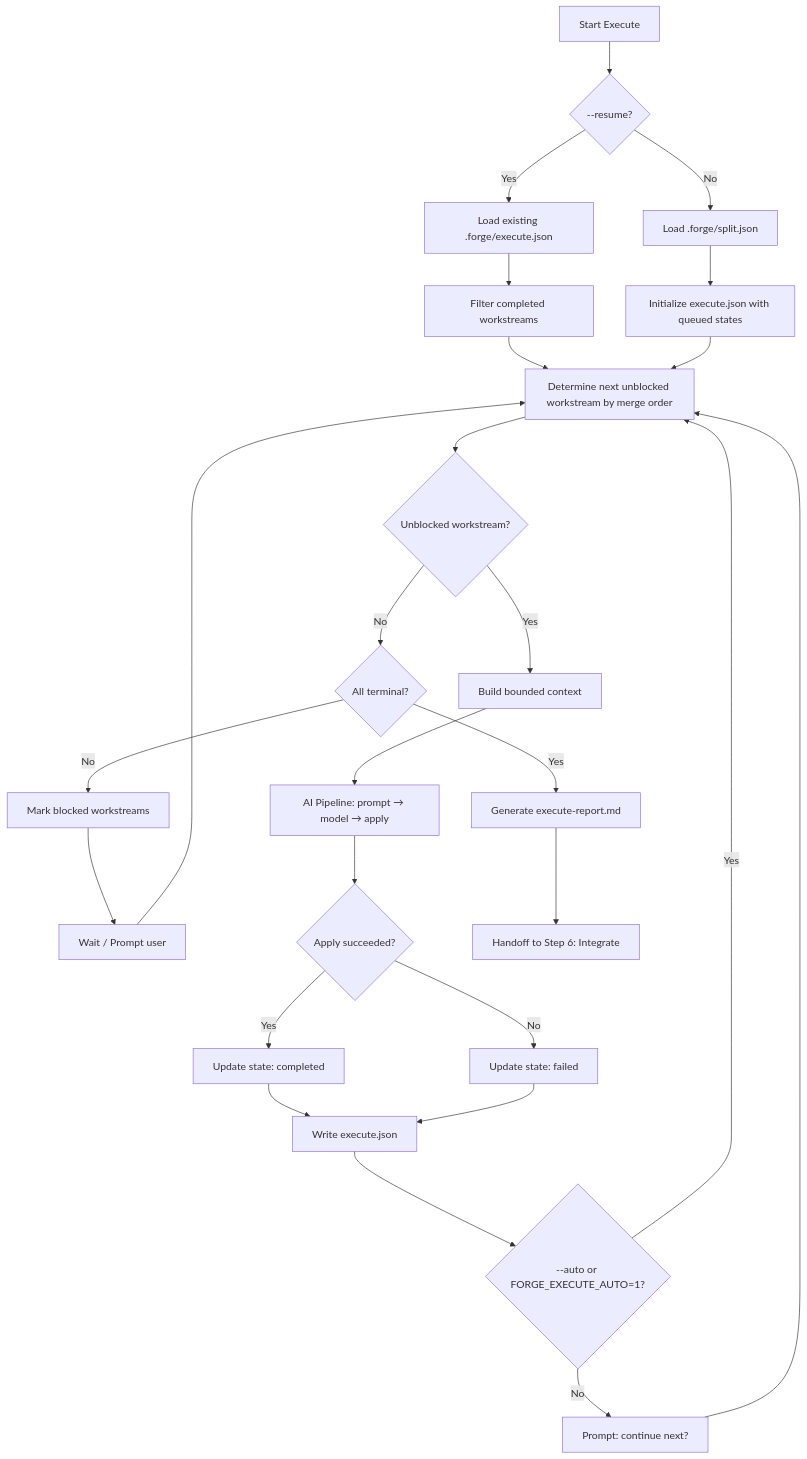
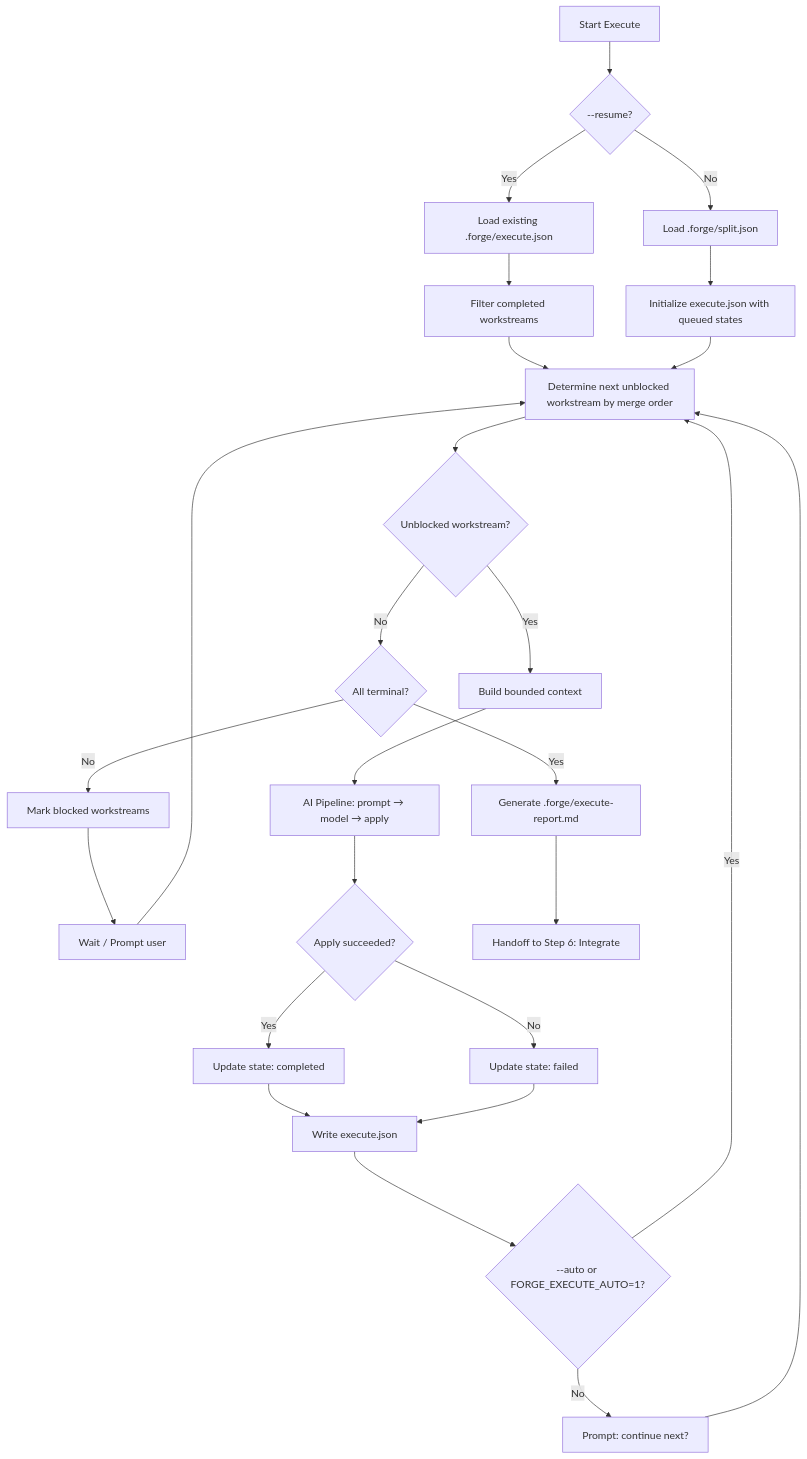
The first of 4 diagrams in docs/steps-1-6-explained/step-5-execute.md (RishiJain905/Forge), drawn with Mermaid before and after one commit. The commit also changed other lines of this file and 14 other files, not shown here.

````diff
--- a/docs/steps-1-6-explained/step-5-execute.md
+++ b/docs/steps-1-6-explained/step-5-execute.md
@@ -24,28 +24,28 @@
 ```mermaid
 flowchart TD
     A[Start Execute] --> B{--resume?}
     B -- Yes --> C[Load existing .forge/execute.json]
     B -- No --> D[Load .forge/split.json]
     C --> E[Filter completed workstreams]
     D --> F[Initialize execute.json with queued states]
     E --> G[Determine next unblocked workstream by merge order]
     F --> G
     G --> H{Unblocked workstream?}
     H -- Yes --> I[Build bounded context]
     H -- No --> J{All terminal?}
-    J -- Yes --> K[Generate execute-report.md]
+    J -- Yes --> K[Generate .forge/execute-report.md]
     J -- No --> L[Mark blocked workstreams]
     L --> M[Wait / Prompt user]
     M --> G
     I --> N[AI Pipeline: prompt → model → apply]
     N --> O{Apply succeeded?}
     O -- Yes --> P[Update state: completed]
     O -- No --> Q[Update state: failed]
     P --> R[Write execute.json]
     Q --> R
     R --> S{--auto or FORGE_EXECUTE_AUTO=1?}
     S -- Yes --> G
     S -- No --> T[Prompt: continue next?]
     T --> G
     K --> U[Handoff to Step 6: Integrate]
 ```
````
